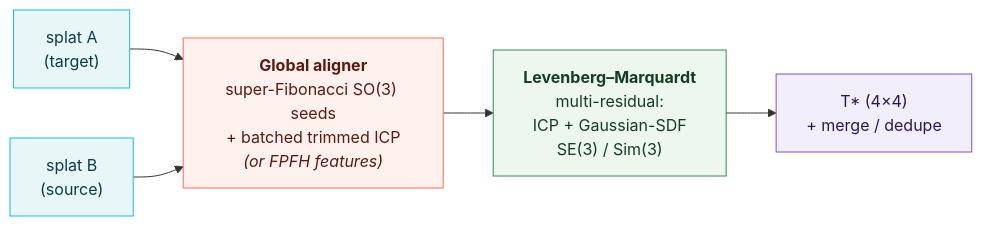
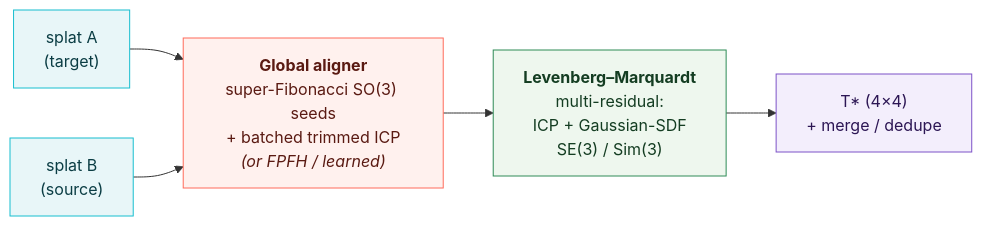
The diagram in README.md (Archerkattri/splatreg), drawn with Mermaid before and after one commit. The commit also changed other lines of this file, not shown here.

````diff
--- a/README.md
+++ b/README.md
@@ -28,11 +27,11 @@
 ```mermaid
 flowchart LR
     A["splat A<br/>(target)"]:::s --> G
     B["splat B<br/>(source)"]:::s --> G
-    G["<b>Global aligner</b><br/>super-Fibonacci SO(3) seeds<br/>+ batched trimmed ICP<br/><i>(or FPFH features)</i>"]:::g --> L
+    G["<b>Global aligner</b><br/>super-Fibonacci SO(3) seeds<br/>+ batched trimmed ICP<br/><i>(or FPFH / learned)</i>"]:::g --> L
     L["<b>Levenberg–Marquardt</b><br/>multi-residual:<br/>ICP + Gaussian-SDF<br/>SE(3) / Sim(3)"]:::l --> T["T*  (4×4)<br/>+ merge / dedupe"]:::o
     classDef s fill:#e8f6f8,stroke:#17becf,color:#0b3d44;
     classDef g fill:#fff1ee,stroke:#ff6b5b,color:#5a1a12;
     classDef l fill:#eef7ee,stroke:#2e8b57,color:#143d22;
     classDef o fill:#f3eefc,stroke:#7d52c7,color:#2c1654;
 ```
````
